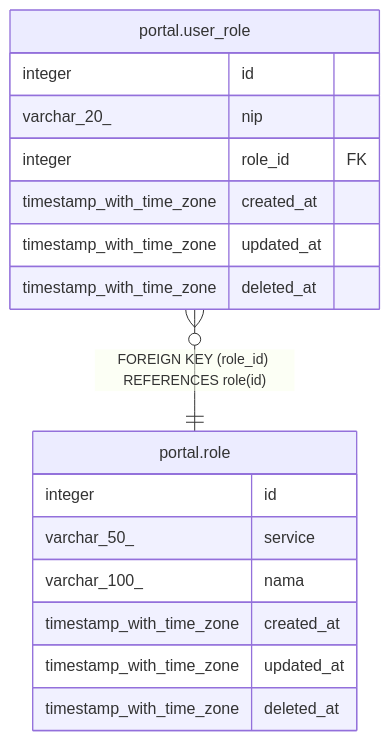
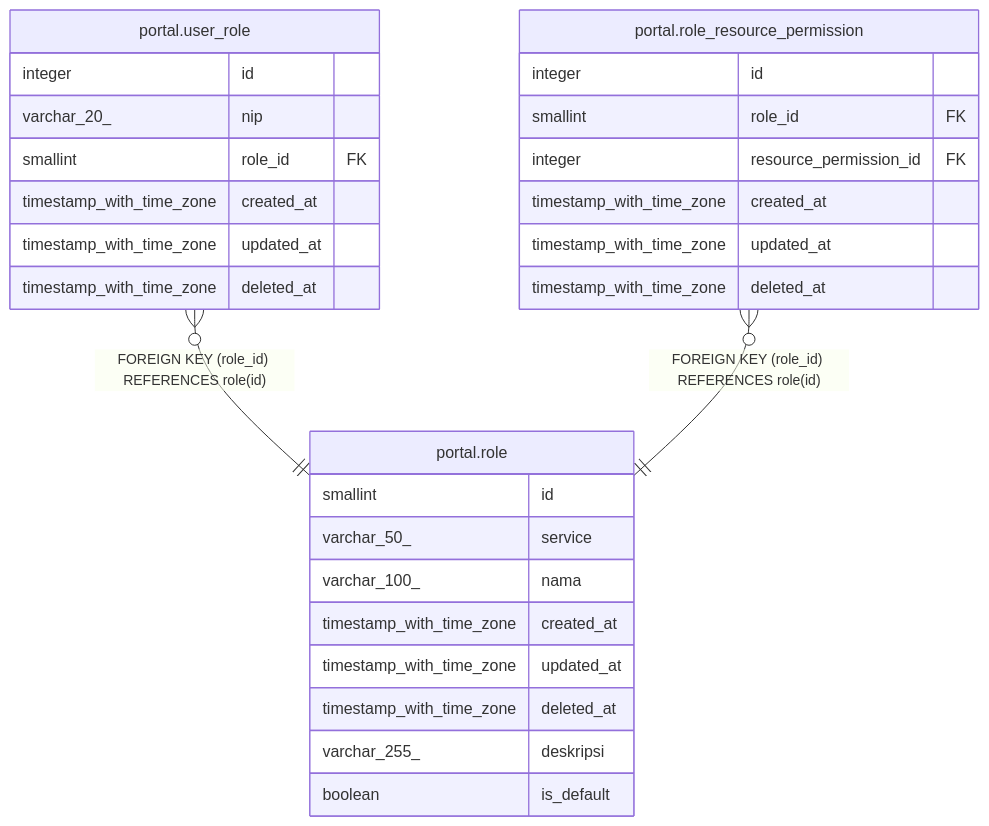
The diagram in services/portal/docs/db/portal.role.md (nandanugg/triforce.nvim), drawn with Mermaid before and after one commit. The commit also changed other lines of this file and 11 other files, not shown here.

Commit message:
Add Portal Migration for Role Mangement

````diff
--- a/services/portal/docs/db/portal.role.md
+++ b/services/portal/docs/db/portal.role.md
@@ -30,22 +32,33 @@
 ```mermaid
 erDiagram
 
 "portal.user_role" }o--|| "portal.role" : "FOREIGN KEY (role_id) REFERENCES role(id)"
+"portal.role_resource_permission" }o--|| "portal.role" : "FOREIGN KEY (role_id) REFERENCES role(id)"
 
 "portal.role" {
-  integer id
+  smallint id
   varchar_50_ service
   varchar_100_ nama
   timestamp_with_time_zone created_at
   timestamp_with_time_zone updated_at
   timestamp_with_time_zone deleted_at
+  varchar_255_ deskripsi
+  boolean is_default
 }
 "portal.user_role" {
   integer id
   varchar_20_ nip
-  integer role_id FK
+  smallint role_id FK
+  timestamp_with_time_zone created_at
+  timestamp_with_time_zone updated_at
+  timestamp_with_time_zone deleted_at
+}
+"portal.role_resource_permission" {
+  integer id
+  smallint role_id FK
+  integer resource_permission_id FK
   timestamp_with_time_zone created_at
   timestamp_with_time_zone updated_at
   timestamp_with_time_zone deleted_at
 }
 ```
````
